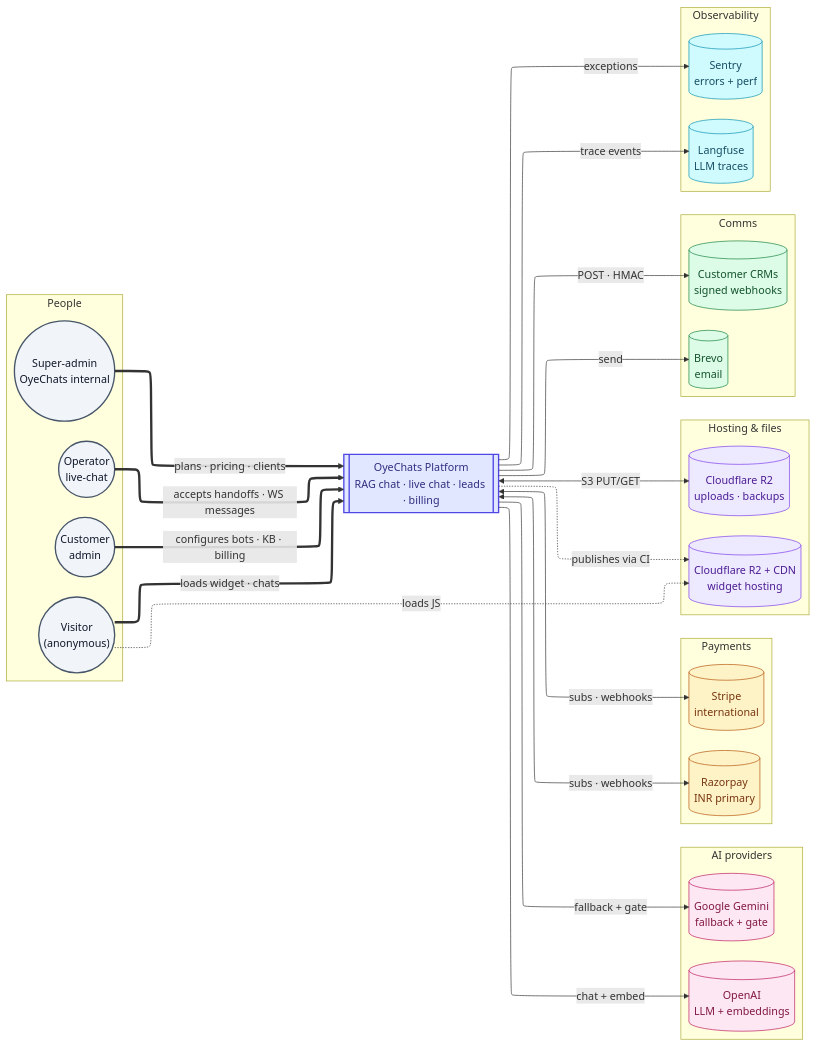
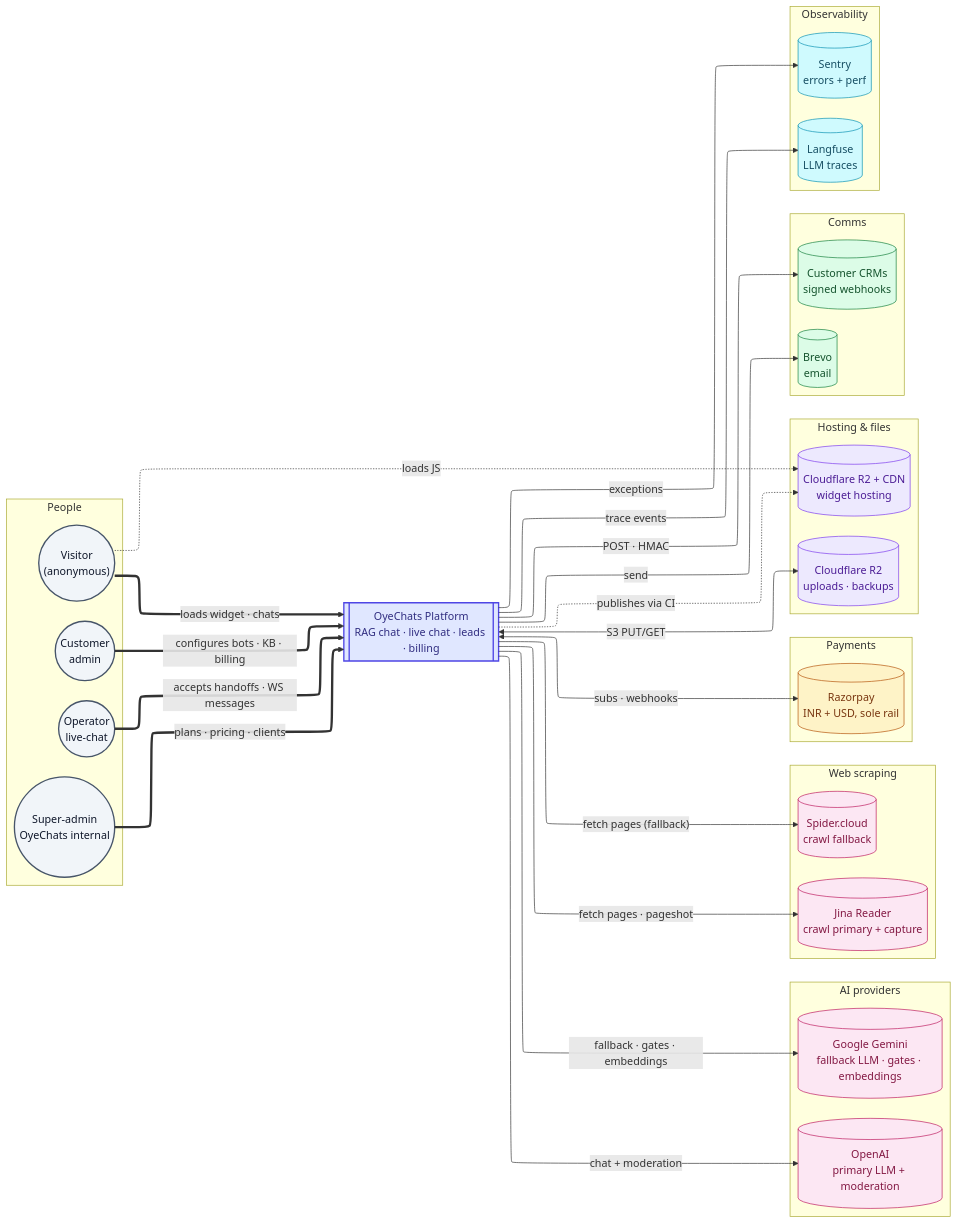
The first of 2 diagrams in docs/system-design/docs/01-context/system-context.md (digibranders/oye-chats-platform), drawn with Mermaid before and after one commit. The commit also changed other lines of this file and 35 other files, not shown here.

First line of the commit message:
docs(system-design): the architecture site described a system two rewrites old

````diff
--- a/docs/system-design/docs/01-context/system-context.md
+++ b/docs/system-design/docs/01-context/system-context.md
@@ -11,75 +11,81 @@
 ```mermaid
 ---
 config:
   layout: elk
   flowchart:
     nodeSpacing: 50
     rankSpacing: 90
 ---
 flowchart LR
     classDef actor fill:#f1f5f9,stroke:#475569,color:#0f172a,stroke-width:2px
     classDef system fill:#e0e7ff,stroke:#4f46e5,color:#312e81,stroke-width:2px
     classDef llm fill:#fce7f3,stroke:#be185d,color:#831843
     classDef pay fill:#fef3c7,stroke:#b45309,color:#78350f
     classDef ops fill:#cffafe,stroke:#0891b2,color:#164e63
     classDef storage fill:#ede9fe,stroke:#7c3aed,color:#4c1d95
     classDef mail fill:#dcfce7,stroke:#15803d,color:#14532d
 
     subgraph Actors["People"]
       direction TB
       Visitor(("Visitor<br/>(anonymous)")):::actor
       Customer(("Customer<br/>admin")):::actor
       Operator(("Operator<br/>live-chat")):::actor
       SA(("Super-admin<br/>OyeChats internal")):::actor
     end
 
     OyeChats[["OyeChats Platform<br/>RAG chat · live chat · leads · billing"]]:::system
 
     subgraph AI["AI providers"]
       direction TB
-      OpenAI[("OpenAI<br/>LLM + embeddings")]:::llm
-      Gemini[("Google Gemini<br/>fallback + gate")]:::llm
+      OpenAI[("OpenAI<br/>primary LLM + moderation")]:::llm
+      Gemini[("Google Gemini<br/>fallback LLM · gates · embeddings")]:::llm
+    end
+
+    subgraph Scrape["Web scraping"]
+      direction TB
+      Jina[("Jina Reader<br/>crawl primary + capture")]:::llm
+      Spider[("Spider.cloud<br/>crawl fallback")]:::llm
     end
 
     subgraph Pay["Payments"]
       direction TB
-      Razorpay[("Razorpay<br/>INR primary")]:::pay
-      Stripe[("Stripe<br/>international")]:::pay
+      Razorpay[("Razorpay<br/>INR + USD, sole rail")]:::pay
     end
 
     subgraph Infra["Hosting & files"]
       direction TB
       CFCDN[("Cloudflare R2 + CDN<br/>widget hosting")]:::storage
       R2Files[("Cloudflare R2<br/>uploads · backups")]:::storage
     end
 
     subgraph Comms["Comms"]
       direction TB
       Brevo[("Brevo<br/>email")]:::mail
       CRM[("Customer CRMs<br/>signed webhooks")]:::mail
     end
 
     subgraph Obs["Observability"]
       direction TB
       Langfuse[("Langfuse<br/>LLM traces")]:::ops
       Sentry[("Sentry<br/>errors + perf")]:::ops
     end
 
     Visitor == "loads widget · chats" ==> OyeChats
     Customer == "configures bots · KB · billing" ==> OyeChats
     Operator == "accepts handoffs · WS messages" ==> OyeChats
     SA == "plans · pricing · clients" ==> OyeChats
 
     Visitor -. "loads JS" .-> CFCDN
     OyeChats -. "publishes via CI" .-> CFCDN
 
-    OyeChats -- "chat + embed" --> OpenAI
-    OyeChats -- "fallback + gate" --> Gemini
+    OyeChats -- "chat + moderation" --> OpenAI
+    OyeChats -- "fallback · gates · embeddings" --> Gemini
+    OyeChats -- "fetch pages · pageshot" --> Jina
+    OyeChats -- "fetch pages (fallback)" --> Spider
     OyeChats <-- "subs · webhooks" --> Razorpay
-    OyeChats <-- "subs · webhooks" --> Stripe
     OyeChats -- "send" --> Brevo
     OyeChats -- "POST · HMAC" --> CRM
     OyeChats <-- "S3 PUT/GET" --> R2Files
     OyeChats -- "trace events" --> Langfuse
     OyeChats -- "exceptions" --> Sentry
 ```
````
